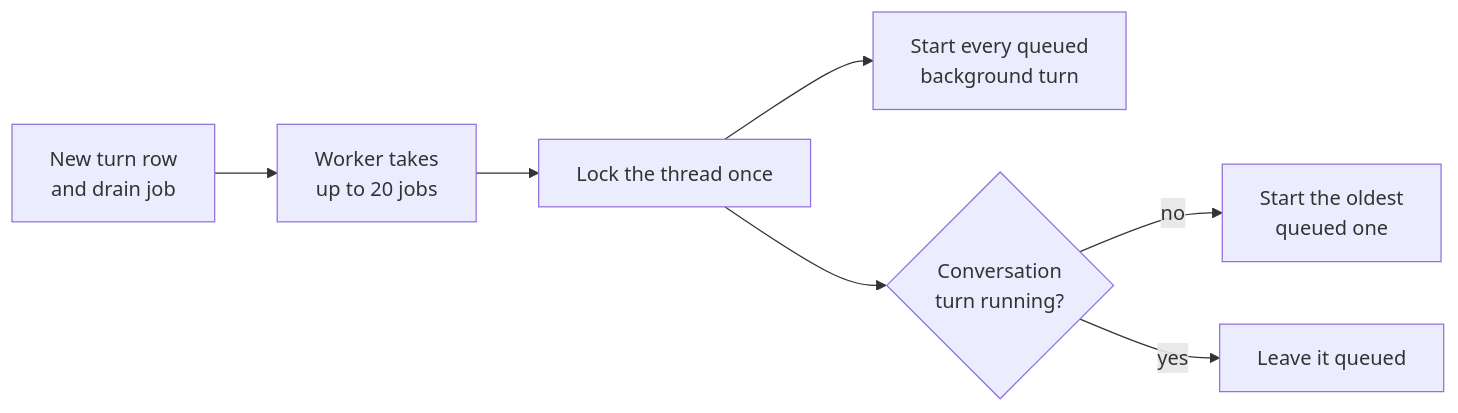
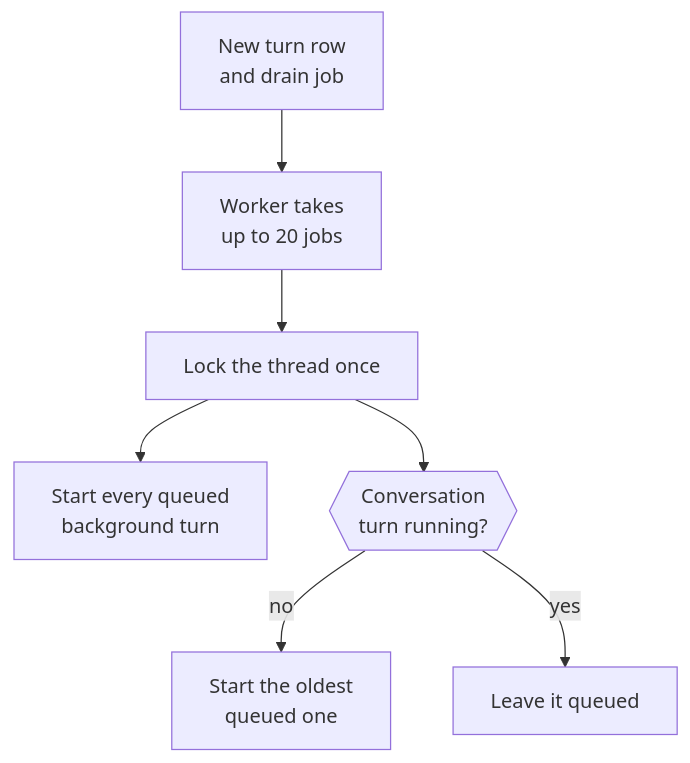
One commit to n8n-io/nod changed the first of 3 diagrams in docs/src/content/docs/how-it-works/threads-and-turns.md. Above: the diagram before and after it, drawn with Mermaid. The commit also changed 54 other files, not shown here.

````diff
--- a/docs/src/content/docs/how-it-works/threads-and-turns.md
+++ b/docs/src/content/docs/how-it-works/threads-and-turns.md
@@ -37,9 +37,9 @@
 ```mermaid
-flowchart LR
+flowchart TD
   new[New turn row<br/>and drain job] --> worker[Worker takes<br/>up to 20 jobs]
   worker --> lock[Lock the thread once]
   lock --> bg[Start every queued<br/>background turn]:::go
-  lock --> conv{Conversation<br/>turn running?}
+  lock --> conv{{Conversation<br/>turn running?}}
   conv -- no --> next[Start the oldest<br/>queued one]:::go
   conv -- yes --> wait[Leave it queued]:::muted
 ```
````
